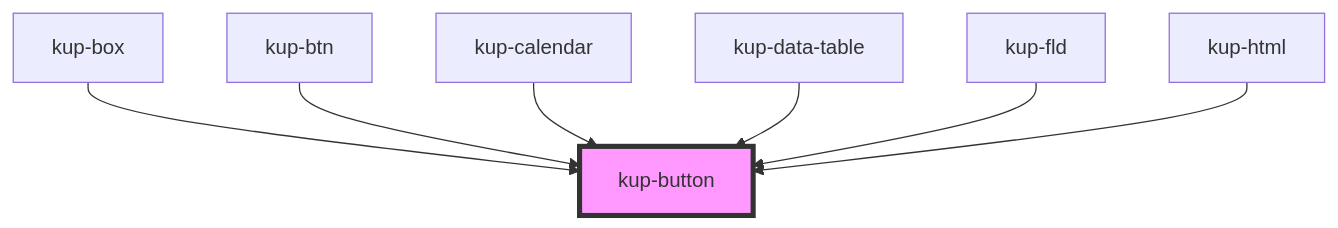
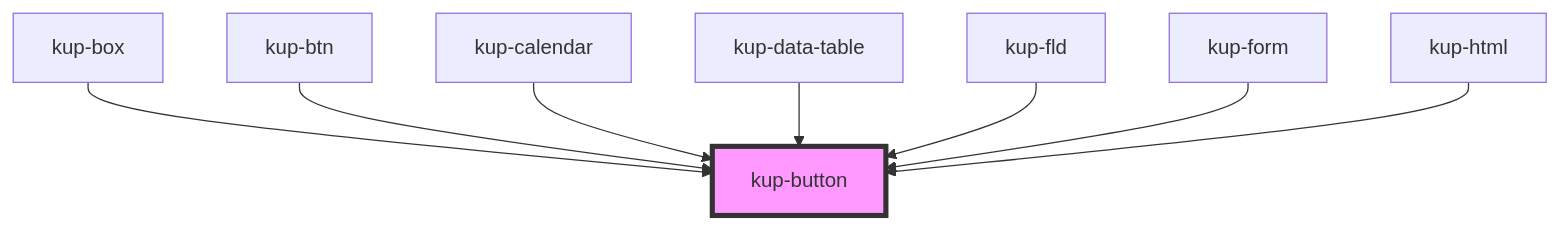
Before and after one commit to smeup/ketchup: the diagram in packages/ketchup/src/components/kup-button/readme.md, drawn with Mermaid. The commit also changed other lines of this file and 91 other files, not shown here.

````diff
--- a/packages/ketchup/src/components/kup-button/readme.md
+++ b/packages/ketchup/src/components/kup-button/readme.md
@@ -77,10 +78,11 @@
 ```mermaid
 graph TD;
   kup-box --> kup-button
   kup-btn --> kup-button
   kup-calendar --> kup-button
   kup-data-table --> kup-button
   kup-fld --> kup-button
+  kup-form --> kup-button
   kup-html --> kup-button
   style kup-button fill:#f9f,stroke:#333,stroke-width:4px
 ```
````
